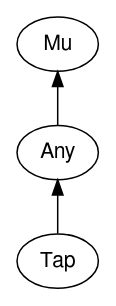
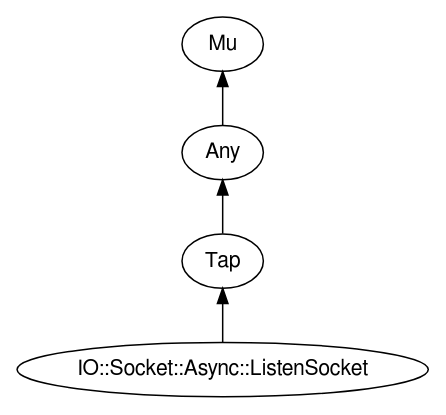
Before and after one commit to rakudocs/rakudocs.github.io: the diagram in images/type-graph-Tap.svg.dot, drawn with Graphviz. The commit also changed 2867 other files, not shown here.

```diff
--- a/images/type-graph-Tap.svg.dot
+++ b/images/type-graph-Tap.svg.dot
@@ -1,15 +1,18 @@
 digraph "perl6-type-graph" {
     rankdir=BT;
     splines=polyline;
     overlap=false; 
+    graph [truecolor=true bgcolor="#FFFFFF"];
     // Types
     "Tap" [color="#000000", fontcolor="#000000", href="/type/Tap", fontname="FreeSans"];
     "Mu" [color="#000000", fontcolor="#000000", href="/type/Mu", fontname="FreeSans"];
     "Any" [color="#000000", fontcolor="#000000", href="/type/Any", fontname="FreeSans"];
+    "IO::Socket::Async::ListenSocket" [color="#000000", fontcolor="#000000", href="/type/IO::Socket::Async::ListenSocket", fontname="FreeSans"];
 
     // Superclasses
     "Tap" -> "Any" [color="#000000"];
     "Any" -> "Mu" [color="#000000"];
+    "IO::Socket::Async::ListenSocket" -> "Tap" [color="#000000"];
 
     // Roles
 }
```
